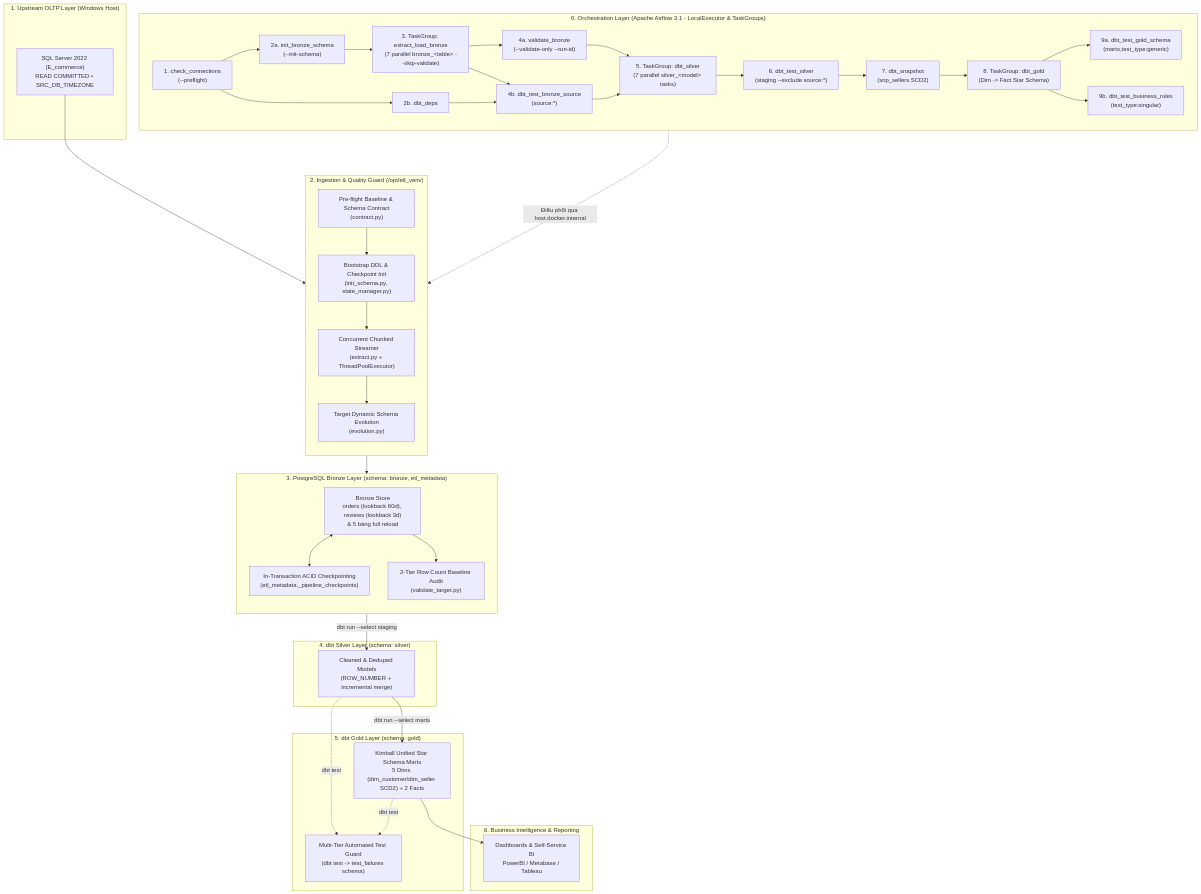
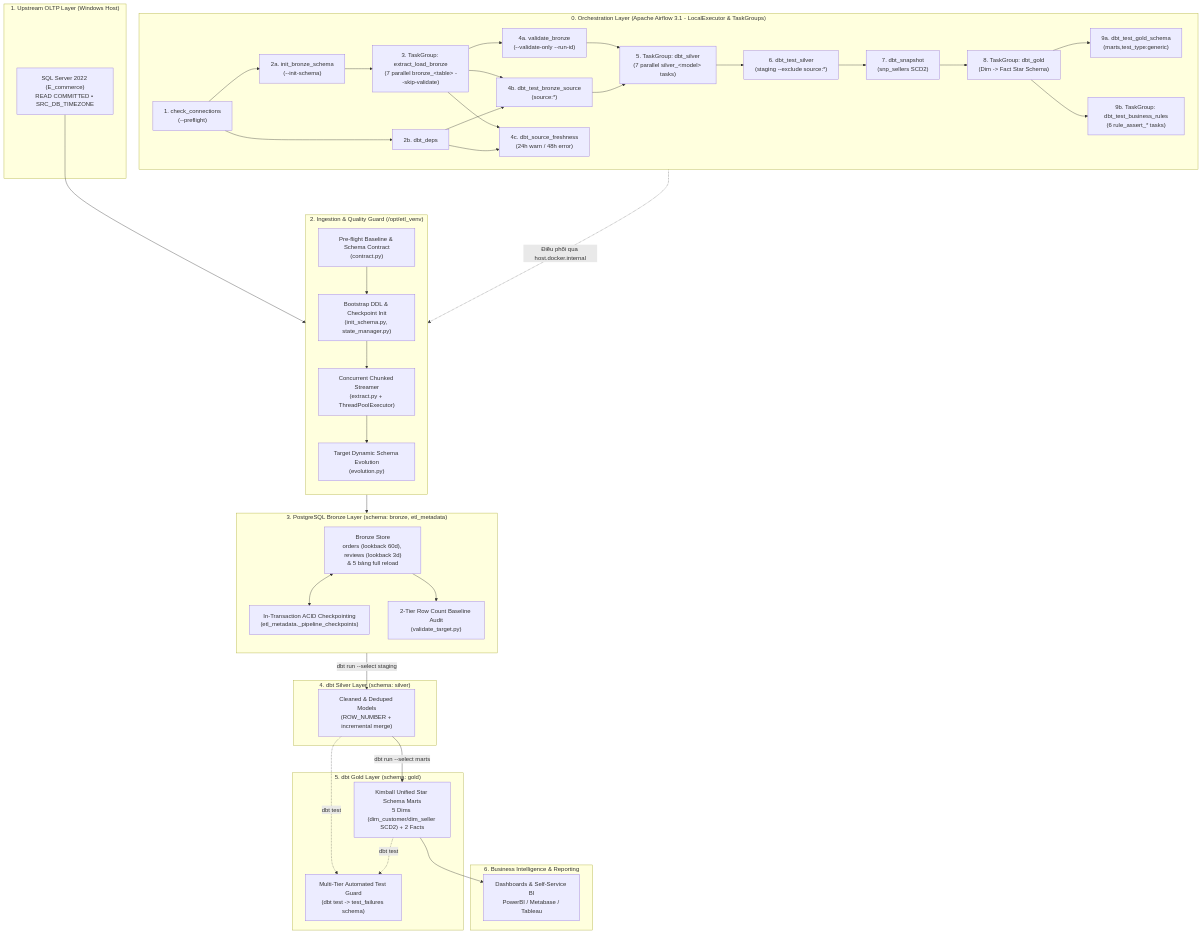
Before and after one commit to phamminhtoan-de/pipeline_ecommerce_olist: the diagram in README.md, drawn with Mermaid. The commit also changed other lines of this file, not shown here.

Commit message:
docs: document dbt_source_freshness and business rules TaskGroup in README

````diff
--- a/README.md
+++ b/README.md
@@ -33,65 +33,67 @@
 ```mermaid
 flowchart TD
     subgraph S0["0. Orchestration Layer (Apache Airflow 3.1 - LocalExecutor & TaskGroups)"]
         direction LR
         AF_CHK["1. check_connections<br/>(--preflight)"] --> AF_INIT["2a. init_bronze_schema<br/>(--init-schema)"]
         AF_CHK --> AF_DP["2b. dbt_deps"]
         AF_INIT --> AF_EL["3. TaskGroup: extract_load_bronze<br/>(7 parallel bronze_&lt;table&gt; --skip-validate)"]
         AF_EL --> AF_VAL["4a. validate_bronze<br/>(--validate-only --run-id)"]
         AF_EL --> AF_TB["4b. dbt_test_bronze_source<br/>(source:*)"]
+        AF_EL --> AF_FR["4c. dbt_source_freshness<br/>(24h warn / 48h error)"]
         AF_DP --> AF_TB
+        AF_DP --> AF_FR
         AF_VAL --> AF_SLV["5. TaskGroup: dbt_silver<br/>(7 parallel silver_&lt;model&gt; tasks)"]
         AF_TB --> AF_SLV
         AF_SLV --> AF_TS["6. dbt_test_silver<br/>(staging --exclude source:*)"]
         AF_TS --> AF_SNP["7. dbt_snapshot<br/>(snp_sellers SCD2)"]
         AF_SNP --> AF_GLD["8. TaskGroup: dbt_gold<br/>(Dim -> Fact Star Schema)"]
         AF_GLD --> AF_TGS["9a. dbt_test_gold_schema<br/>(marts,test_type:generic)"]
-        AF_GLD --> AF_TBR["9b. dbt_test_business_rules<br/>(test_type:singular)"]
+        AF_GLD --> AF_TBR["9b. TaskGroup: dbt_test_business_rules<br/>(6 rule_assert_* tasks)"]
     end
 
     subgraph S1["1. Upstream OLTP Layer (Windows Host)"]
         SS["SQL Server 2022 (E_commerce)<br/>READ COMMITTED • SRC_DB_TIMEZONE"]
     end
 
     subgraph S2["2. Ingestion & Quality Guard (/opt/etl_venv)"]
         direction TB
         BC["Pre-flight Baseline & Schema Contract<br/>(contract.py)"]
         INIT["Bootstrap DDL & Checkpoint Init<br/>(init_schema.py, state_manager.py)"]
         EX["Concurrent Chunked Streamer<br/>(extract.py + ThreadPoolExecutor)"]
         EVO["Target Dynamic Schema Evolution<br/>(evolution.py)"]
         SS --> BC
         BC --> INIT
         INIT --> EX
         EX --> EVO
     end
 
     subgraph S3["3. PostgreSQL Bronze Layer (schema: bronze, etl_metadata)"]
         direction TB
         BRZ["Bronze Store<br/>orders (lookback 60d), reviews (lookback 3d)<br/>&amp; 5 bảng full reload"]
         CKP["In-Transaction ACID Checkpointing<br/>(etl_metadata._pipeline_checkpoints)"]
         AUD["2-Tier Row Count Baseline Audit<br/>(validate_target.py)"]
         EVO --> BRZ
         BRZ <--> CKP
         BRZ --> AUD
     end
 
     subgraph S4["4. dbt Silver Layer (schema: silver)"]
         STG["Cleaned &amp; Deduped Models<br/>(ROW_NUMBER + incremental merge)"]
         AUD -->|"dbt run --select staging"| STG
     end
 
     subgraph S5["5. dbt Gold Layer (schema: gold)"]
         GOLD["Kimball Unified Star Schema Marts<br/>5 Dims (dim_customer/dim_seller SCD2) + 2 Facts"]
         TST["Multi-Tier Automated Test Guard<br/>(dbt test -> test_failures schema)"]
         STG -->|"dbt run --select marts"| GOLD
         STG -.->|"dbt test"| TST
         GOLD -.->|"dbt test"| TST
     end
 
     subgraph S6["6. Business Intelligence &amp; Reporting"]
         BI["Dashboards &amp; Self-Service BI<br/>PowerBI / Metabase / Tableau"]
         GOLD --> BI
     end
 
     S0 -.->|"Điều phối qua host.docker.internal"| S2
 ```
````
